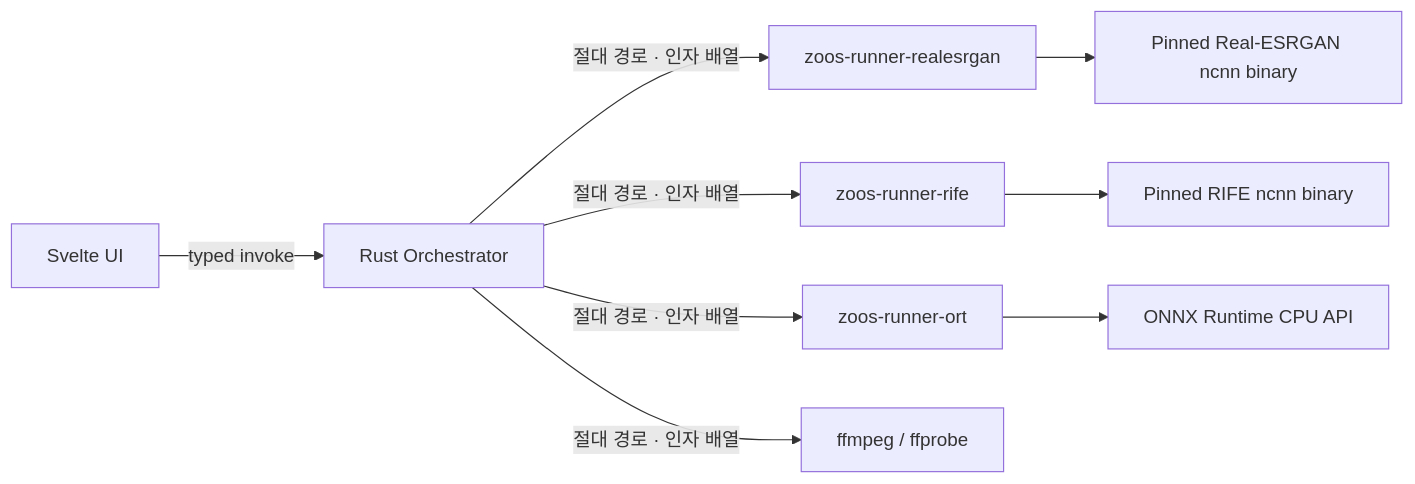
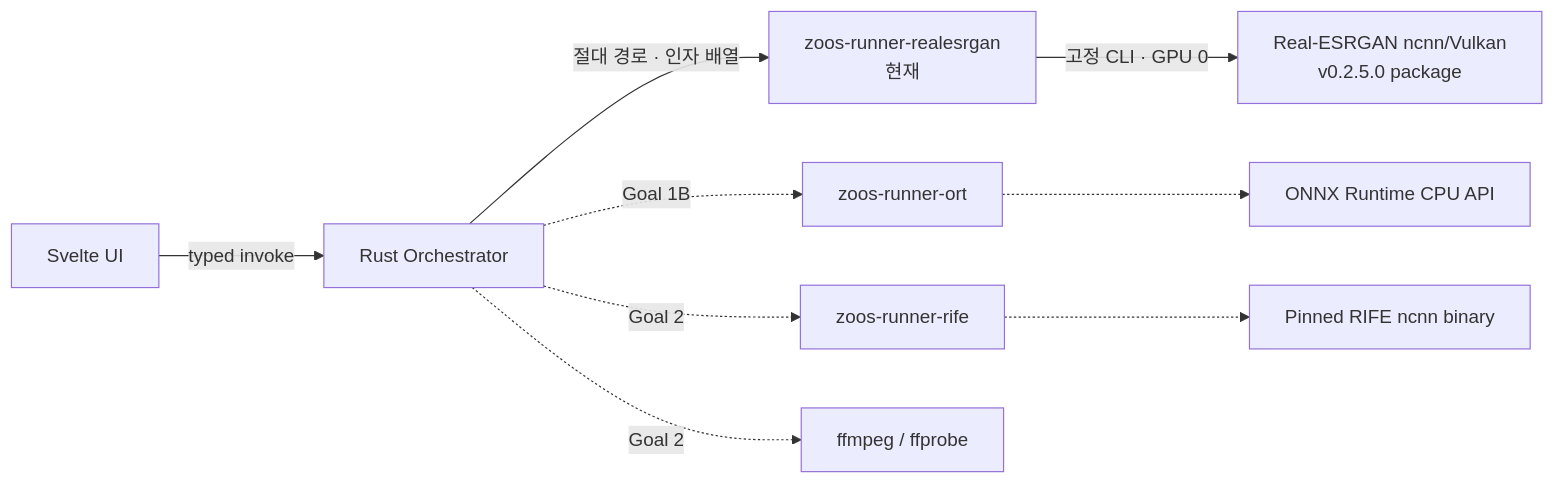
The second of 9 diagrams in ARCHITECTURE.md (zooslab/zoos-upscale), drawn with Mermaid before and after one commit. The commit also changed other lines of this file and 1 other file, not shown here.

Commit message:
docs: Goal 1A 구현 현황 반영

````diff
--- a/ARCHITECTURE.md
+++ b/ARCHITECTURE.md
@@ -89,12 +110,12 @@
 ```mermaid
 flowchart LR
     UI["Svelte UI"] -->|"typed invoke"| APP["Rust Orchestrator"]
-    APP -->|"절대 경로 · 인자 배열"| WR1["zoos-runner-realesrgan"]
-    APP -->|"절대 경로 · 인자 배열"| WR2["zoos-runner-rife"]
-    APP -->|"절대 경로 · 인자 배열"| WR3["zoos-runner-ort"]
-    APP -->|"절대 경로 · 인자 배열"| FF["ffmpeg / ffprobe"]
+    APP -->|"절대 경로 · 인자 배열"| WR1["zoos-runner-realesrgan<br/>현재"]
+    WR1 -->|"고정 CLI · GPU 0"| ESR["Real-ESRGAN ncnn/Vulkan<br/>v0.2.5.0 package"]
 
-    WR1 --> ESR["Pinned Real-ESRGAN ncnn binary"]
-    WR2 --> RIFE["Pinned RIFE ncnn binary"]
-    WR3 --> ORT["ONNX Runtime CPU API"]
+    APP -. "Goal 1B" .-> WR3["zoos-runner-ort"]
+    APP -. "Goal 2" .-> WR2["zoos-runner-rife"]
+    APP -. "Goal 2" .-> FF["ffmpeg / ffprobe"]
+    WR2 -.-> RIFE["Pinned RIFE ncnn binary"]
+    WR3 -.-> ORT["ONNX Runtime CPU API"]
 ```
````
